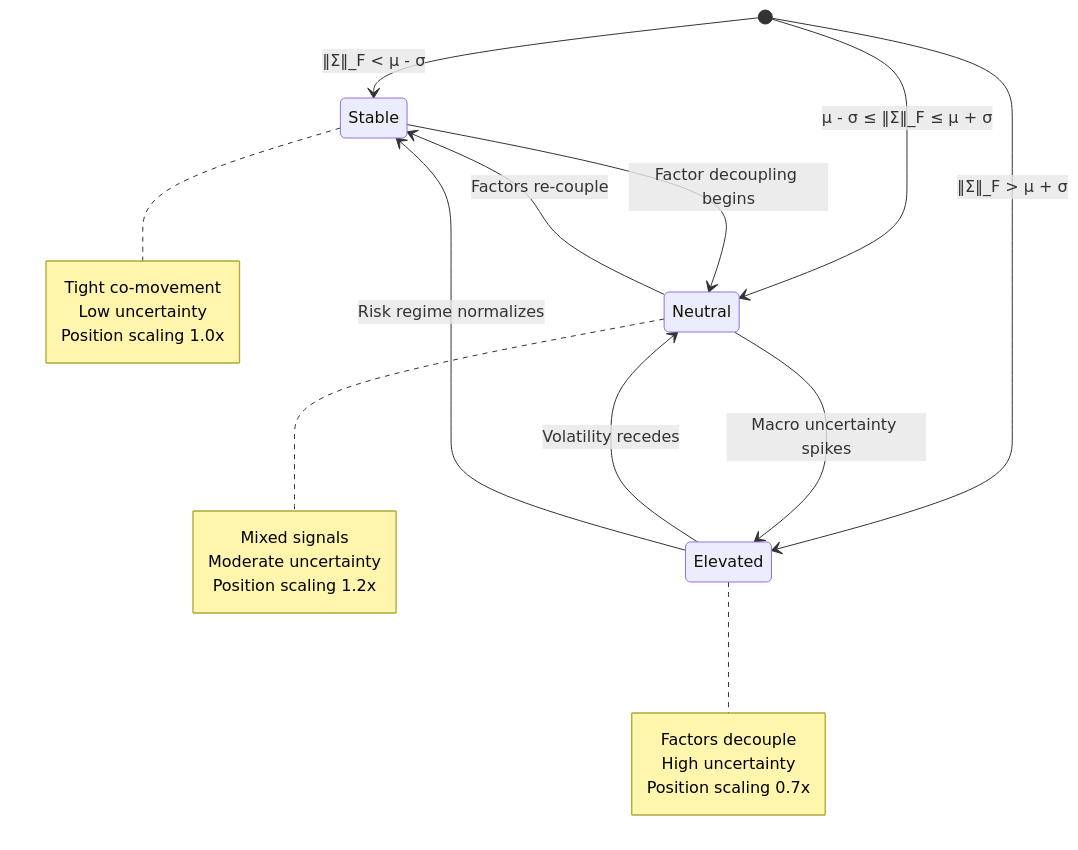
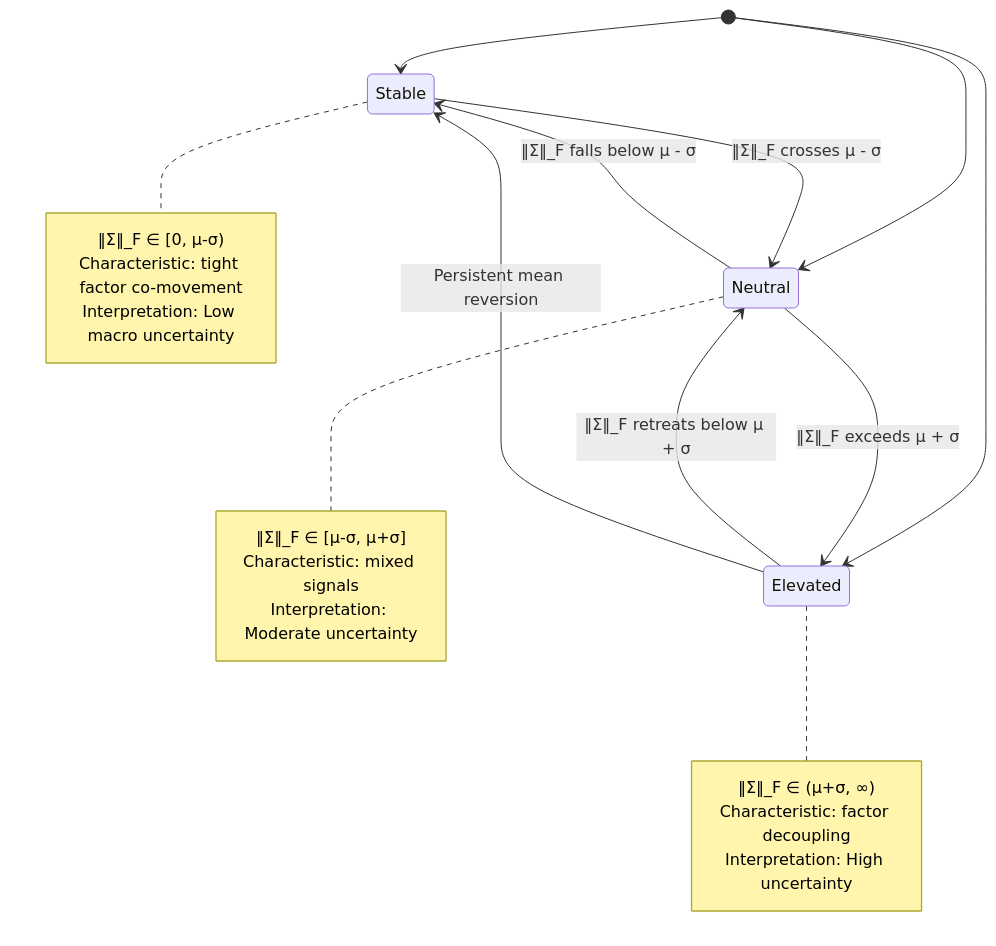
One commit to RyanJHamby/InvertedYieldCurveTrader changed the second of 3 diagrams in README.md. Above: the diagram before and after it, drawn with Mermaid. The commit also changed other lines of this file, not shown here.

Commit message:
Clean up diagram for high level architecture

````diff
--- a/README.md
+++ b/README.md
@@ -93,30 +121,30 @@
 ```mermaid
 stateDiagram-v2
-    [*] --> Stable: ‖Σ‖_F < μ - σ
-    [*] --> Neutral: μ - σ ≤ ‖Σ‖_F ≤ μ + σ
-    [*] --> Elevated: ‖Σ‖_F > μ + σ
+    [*] --> Stable
+    [*] --> Neutral
+    [*] --> Elevated
 
-    Stable --> Neutral: Factor decoupling begins
-    Neutral --> Stable: Factors re-couple
-    Neutral --> Elevated: Macro uncertainty spikes
-    Elevated --> Neutral: Volatility recedes
-    Elevated --> Stable: Risk regime normalizes
+    Stable --> Neutral: ‖Σ‖_F crosses μ - σ
+    Neutral --> Stable: ‖Σ‖_F falls below μ - σ
+    Neutral --> Elevated: ‖Σ‖_F exceeds μ + σ
+    Elevated --> Neutral: ‖Σ‖_F retreats below μ + σ
+    Elevated --> Stable: Persistent mean reversion
 
     note right of Stable
-        Tight co-movement
-        Low uncertainty
-        Position scaling 1.0x
+        ‖Σ‖_F ∈ [0, μ-σ)
+        Characteristic: tight factor co-movement
+        Interpretation: Low macro uncertainty
     end note
 
     note right of Neutral
-        Mixed signals
-        Moderate uncertainty
-        Position scaling 1.2x
+        ‖Σ‖_F ∈ [μ-σ, μ+σ]
+        Characteristic: mixed signals
+        Interpretation: Moderate uncertainty
     end note
 
     note right of Elevated
-        Factors decouple
-        High uncertainty
-        Position scaling 0.7x
+        ‖Σ‖_F ∈ (μ+σ, ∞)
+        Characteristic: factor decoupling
+        Interpretation: High uncertainty
     end note
 ```
````
